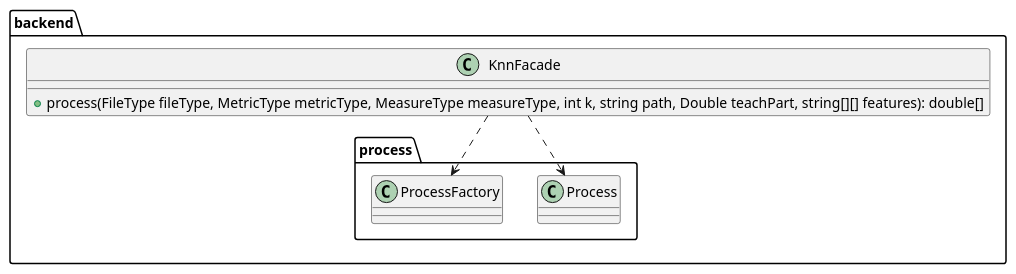
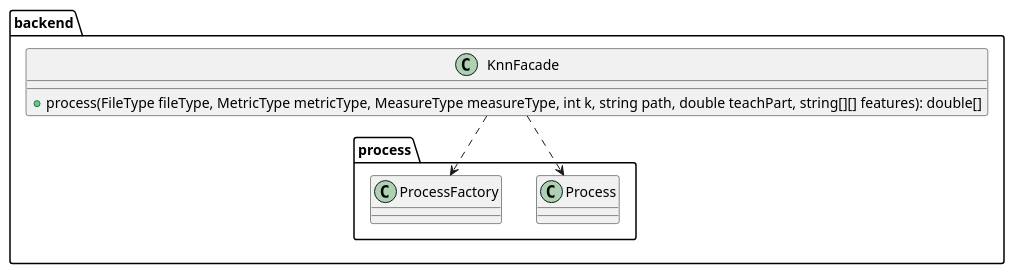
One commit to kambed/Computer-Recognition-Systems changed the tenth of 10 diagrams in README.md. Above: the diagram before and after it, drawn with PlantUML. The commit also changed other lines of this file, not shown here.

Commit message:
Replace Double with double

````diff
--- a/README.md
+++ b/README.md
@@ -413,14 +413,14 @@
 ```plantuml
 top to bottom direction
 package backend {
     class KnnFacade {
-        + process(FileType fileType, MetricType metricType, MeasureType measureType, int k, string path, Double teachPart, string[][] features): double[]
+        + process(FileType fileType, MetricType metricType, MeasureType measureType, int k, string path, double teachPart, string[][] features): double[]
     }
     package process {
         class Process
         class ProcessFactory
     }
     KnnFacade ..> ProcessFactory
     KnnFacade ..> Process
 }
 ```
````
